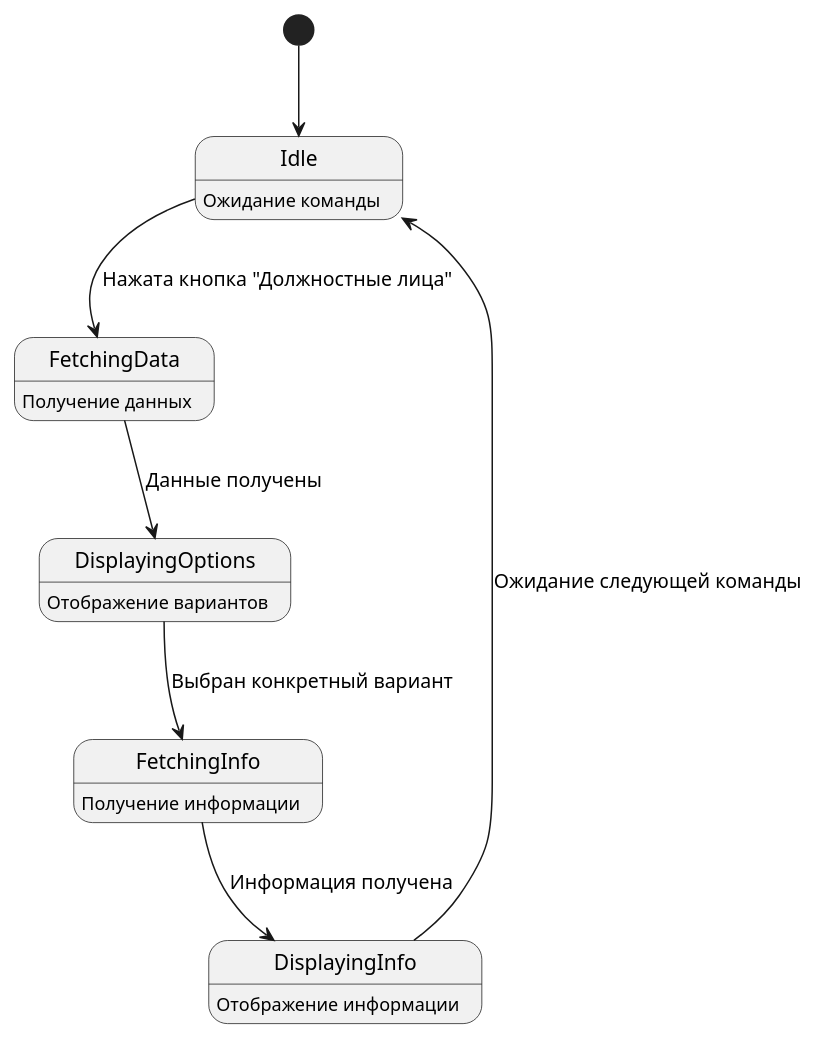
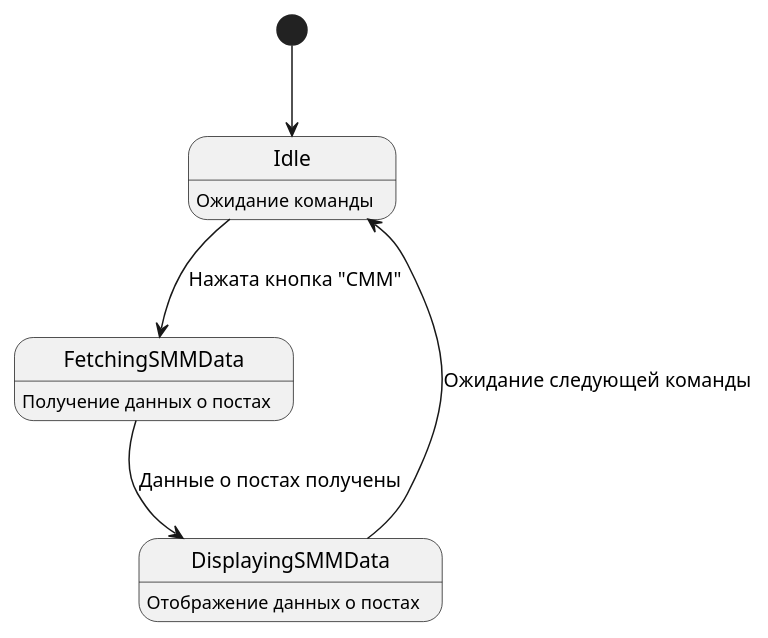
Before and after one commit to sinseiwas/PROspekt_bot: the diagram in docs/diagrams/content_plan_status.puml, drawn with PlantUML. The commit also changed 1 other file, not shown here.

```diff
--- a/docs/diagrams/content_plan_status.puml
+++ b/docs/diagrams/content_plan_status.puml
@@ -1,14 +1,10 @@
 @startuml
 [*] --> Idle
 
 Idle : Ожидание команды
-Idle --> FetchingData : Нажата кнопка "Должностные лица"
-FetchingData : Получение данных
-FetchingData --> DisplayingOptions : Данные получены
-DisplayingOptions : Отображение вариантов
-DisplayingOptions --> FetchingInfo : Выбран конкретный вариант
-FetchingInfo : Получение информации
-FetchingInfo --> DisplayingInfo : Информация получена
-DisplayingInfo : Отображение информации
-DisplayingInfo --> Idle : Ожидание следующей команды
+Idle --> FetchingSMMData : Нажата кнопка "СММ"
+FetchingSMMData : Получение данных о постах
+FetchingSMMData --> DisplayingSMMData : Данные о постах получены
+DisplayingSMMData : Отображение данных о постах
+DisplayingSMMData --> Idle : Ожидание следующей команды
 @enduml
```
